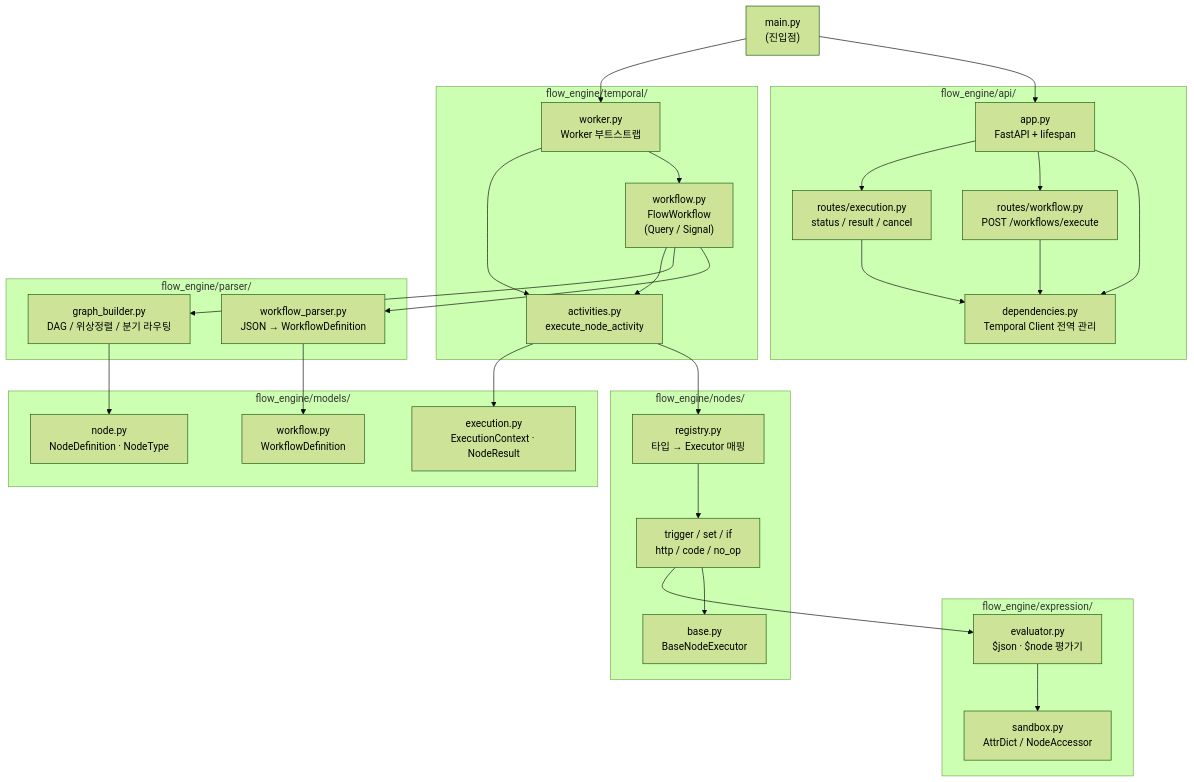
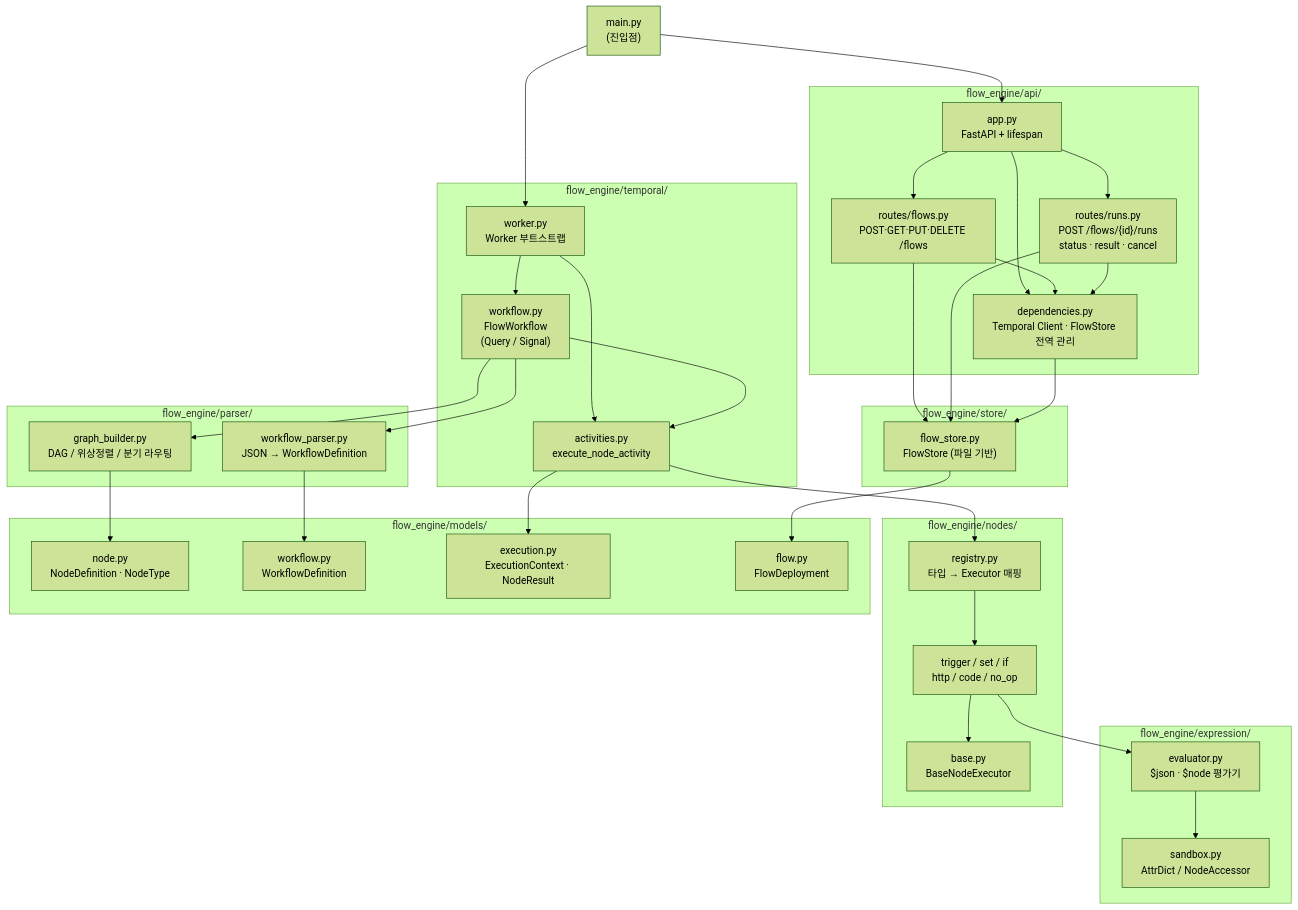
One commit to pgb0908/tempral-integration-data-plane changed the first of 2 diagrams in README.md. Above: the diagram before and after it, drawn with Mermaid (forest theme). The commit also changed other lines of this file, not shown here.

Commit message:
Update README to reflect flow deployment and execution changes. Document new API structure, endpoints, and flow storage. Include architecture and sequence diagram updates.

````diff
--- a/README.md
+++ b/README.md
@@ -147,60 +188,69 @@
 ```mermaid
 graph TD
     main["main.py<br/>(진입점)"]
 
     subgraph api["flow_engine/api/"]
         app["app.py<br/>FastAPI + lifespan"]
-        dep["dependencies.py<br/>Temporal Client 전역 관리"]
-        r_wf["routes/workflow.py<br/>POST /workflows/execute"]
-        r_ex["routes/execution.py<br/>status / result / cancel"]
+        dep["dependencies.py<br/>Temporal Client · FlowStore 전역 관리"]
+        r_flows["routes/flows.py<br/>POST·GET·PUT·DELETE /flows"]
+        r_runs["routes/runs.py<br/>POST /flows/{id}/runs<br/>status · result · cancel"]
+    end
+
+    subgraph store["flow_engine/store/"]
+        fs["flow_store.py<br/>FlowStore (파일 기반)"]
     end
 
     subgraph temporal["flow_engine/temporal/"]
         wf["workflow.py<br/>FlowWorkflow<br/>(Query / Signal)"]
         act["activities.py<br/>execute_node_activity"]
         wrk["worker.py<br/>Worker 부트스트랩"]
     end
 
     subgraph parser["flow_engine/parser/"]
         wp["workflow_parser.py<br/>JSON → WorkflowDefinition"]
         gb["graph_builder.py<br/>DAG / 위상정렬 / 분기 라우팅"]
     end
 
     subgraph expr["flow_engine/expression/"]
         ev["evaluator.py<br/>$json · $node 평가기"]
         sb["sandbox.py<br/>AttrDict / NodeAccessor"]
     end
 
     subgraph nodes["flow_engine/nodes/"]
         base["base.py<br/>BaseNodeExecutor"]
         reg["registry.py<br/>타입 → Executor 매핑"]
         impl["trigger / set / if<br/>http / code / no_op"]
     end
 
     subgraph models["flow_engine/models/"]
         mn["node.py<br/>NodeDefinition · NodeType"]
         mw["workflow.py<br/>WorkflowDefinition"]
         me["execution.py<br/>ExecutionContext · NodeResult"]
+        mf["flow.py<br/>FlowDeployment"]
     end
 
     main --> app
     main --> wrk
     app --> dep
-    app --> r_wf
-    app --> r_ex
-    r_wf --> dep
-    r_ex --> dep
+    app --> r_flows
+    app --> r_runs
+    r_flows --> dep
+    r_flows --> fs
+    r_runs --> dep
+    r_runs --> fs
+    dep --> fs
     wrk --> wf
     wrk --> act
     wf --> wp
     wf --> gb
     wf --> act
     act --> reg
     reg --> impl
     impl --> base
     impl --> ev
     ev --> sb
     wp --> mw
     gb --> mn
     act --> me
+    fs --> mf
 ```
````
